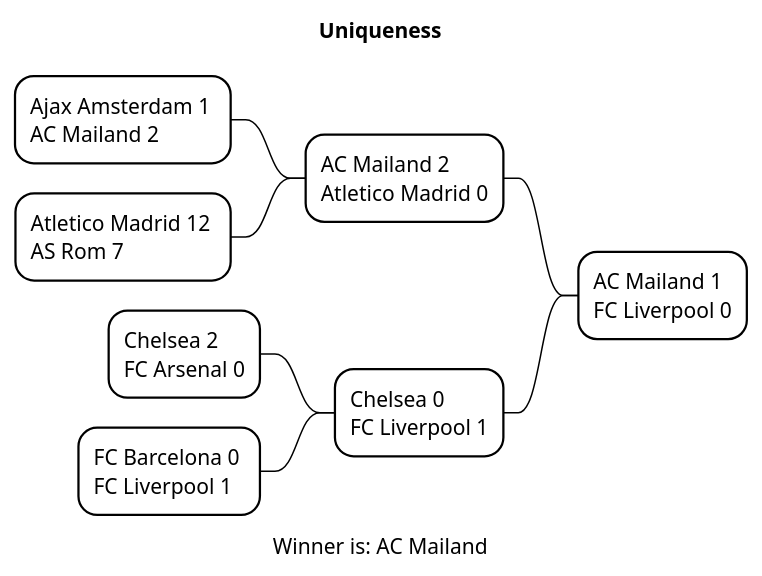
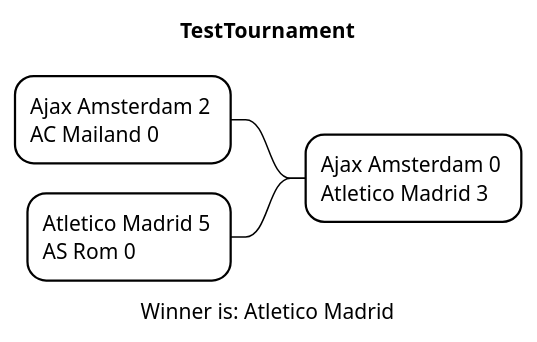
The diagram in asciidocs/plantuml/Result.puml (htl-leonding-project/2022-4ahif-autohaus), drawn with PlantUML before and after one commit. The commit also changed 9 other files, not shown here.

```diff
--- a/asciidocs/plantuml/Result.puml
+++ b/asciidocs/plantuml/Result.puml
@@ -1,27 +1,19 @@
-@startmindmap Uniqueness.png
+@startmindmap TestTournament.png
     <style>
     mindmapDiagram{
         node{
             BackgroundColor White
 
         }
         LineColor Black
     }
     </style>
-title Uniqueness
+title TestTournament
 
-- AC Mailand 1 \nFC Liverpool 0
+- Ajax Amsterdam 0 \nAtletico Madrid 3
 
--- AC Mailand 2 \nAtletico Madrid 0
+-- Ajax Amsterdam 2 \nAC Mailand 0
 
---- Ajax Amsterdam 1 \nAC Mailand 2
-
---- Atletico Madrid 12 \nAS Rom 7
-
--- Chelsea 0 \nFC Liverpool 1
-
---- Chelsea 2 \nFC Arsenal 0
-
---- FC Barcelona 0 \nFC Liverpool 1
-caption Winner is: AC Mailand
+-- Atletico Madrid 5 \nAS Rom 0
+caption Winner is: Atletico Madrid
 @endmindmap
```
